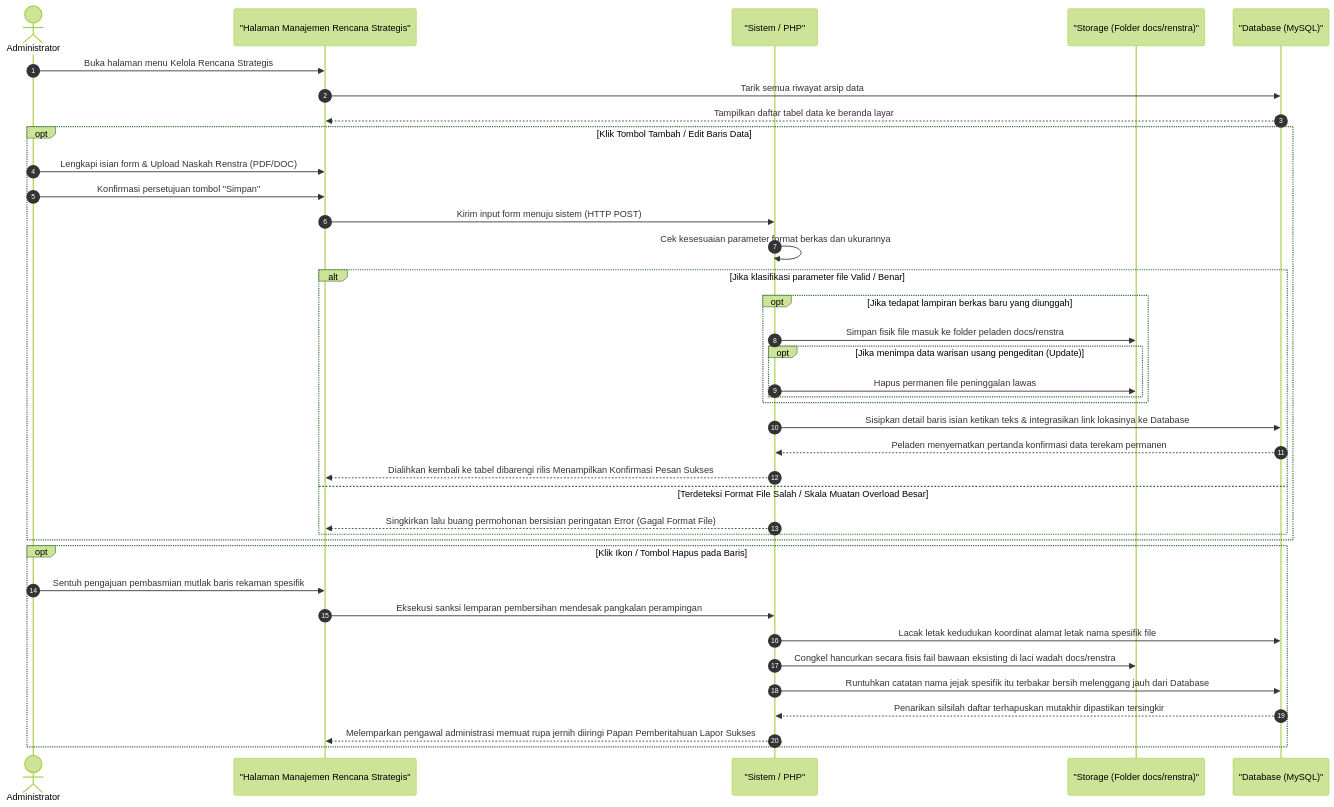
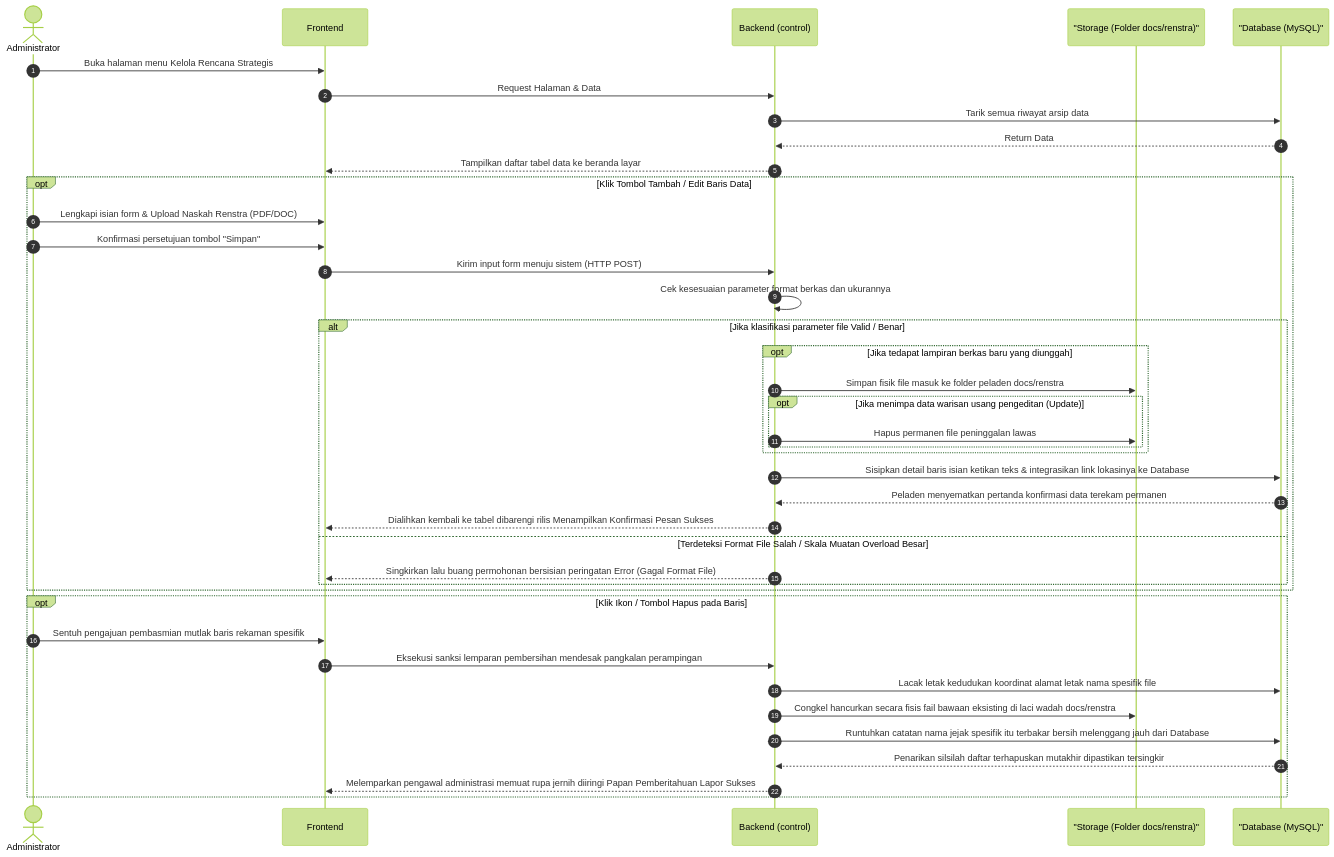
Before and after one commit to arbain-dev/Web_fikom: diagram 13 of 17 in docs/kumpulan_sequence_backend.md, drawn with Mermaid (forest theme). The commit also changed other lines of this file and 1 other file, not shown here.

Commit message:
docs: standardisasi arsitektur 3 tier (Frontend, Backend, DB) pada seluruh sequence diagram backend

````diff
--- a/docs/kumpulan_sequence_backend.md
+++ b/docs/kumpulan_sequence_backend.md
@@ -580,48 +602,50 @@
 ```mermaid
 sequenceDiagram
     autonumber
     actor Admin as Administrator
-    participant View as "Halaman Manajemen Rencana Strategis"
-    participant System as "Sistem / PHP"
+    participant Frontend
+    participant Backend as Backend (control)
     participant Server as "Storage (Folder docs/renstra)"
     participant DB as "Database (MySQL)"
 
-    Admin->>View: Buka halaman menu Kelola Rencana Strategis
-    View->>DB: Tarik semua riwayat arsip data
-    DB-->>View: Tampilkan daftar tabel data ke beranda layar
+    Admin->>Frontend: Buka halaman menu Kelola Rencana Strategis
+    Frontend->>Backend: Request Halaman & Data
+    Backend->>DB: Tarik semua riwayat arsip data
+    DB-->>Backend: Return Data
+    Backend-->>Frontend: Tampilkan daftar tabel data ke beranda layar
 
     %% Proses Tambah / Edit
     opt Klik Tombol Tambah / Edit Baris Data
-        Admin->>View: Lengkapi isian form & Upload Naskah Renstra (PDF/DOC)
-        Admin->>View: Konfirmasi persetujuan tombol "Simpan"
-        View->>System: Kirim input form menuju sistem (HTTP POST)
+        Admin->>Frontend: Lengkapi isian form & Upload Naskah Renstra (PDF/DOC)
+        Admin->>Frontend: Konfirmasi persetujuan tombol "Simpan"
+        Frontend->>Backend: Kirim input form menuju sistem (HTTP POST)
 
-        System->>System: Cek kesesuaian parameter format berkas dan ukurannya
+        Backend->>Backend: Cek kesesuaian parameter format berkas dan ukurannya
         
         alt Jika klasifikasi parameter file Valid / Benar
             opt Jika tedapat lampiran berkas baru yang diunggah
-                System->>Server: Simpan fisik file masuk ke folder peladen docs/renstra
+                Backend->>Server: Simpan fisik file masuk ke folder peladen docs/renstra
                 opt Jika menimpa data warisan usang pengeditan (Update)
-                    System->>Server: Hapus permanen file peninggalan lawas
+                    Backend->>Server: Hapus permanen file peninggalan lawas
                 end
             end
             
-            System->>DB: Sisipkan detail baris isian ketikan teks & integrasikan link lokasinya ke Database
-            DB-->>System: Peladen menyematkan pertanda konfirmasi data terekam permanen
-            System-->>View: Dialihkan kembali ke tabel dibarengi rilis Menampilkan Konfirmasi Pesan Sukses
+            Backend->>DB: Sisipkan detail baris isian ketikan teks & integrasikan link lokasinya ke Database
+            DB-->>Backend: Peladen menyematkan pertanda konfirmasi data terekam permanen
+            Backend-->>Frontend: Dialihkan kembali ke tabel dibarengi rilis Menampilkan Konfirmasi Pesan Sukses
         else Terdeteksi Format File Salah / Skala Muatan Overload Besar
-            System-->>View: Singkirkan lalu buang permohonan bersisian peringatan Error (Gagal Format File)
+            Backend-->>Frontend: Singkirkan lalu buang permohonan bersisian peringatan Error (Gagal Format File)
         end
     end
 
     %% Proses Hapus
     opt Klik Ikon / Tombol Hapus pada Baris
-        Admin->>View: Sentuh pengajuan pembasmian mutlak baris rekaman spesifik
-        View->>System: Eksekusi sanksi lemparan pembersihan mendesak pangkalan perampingan
-        System->>DB: Lacak letak kedudukan koordinat alamat letak nama spesifik file 
-        System->>Server: Congkel hancurkan secara fisis fail bawaan eksisting di laci wadah docs/renstra
-        System->>DB: Runtuhkan catatan nama jejak spesifik itu terbakar bersih melenggang jauh dari Database
-        DB-->>System: Penarikan silsilah daftar terhapuskan mutakhir dipastikan tersingkir
-        System-->>View: Melemparkan pengawal administrasi memuat rupa jernih diiringi Papan Pemberitahuan Lapor Sukses 
+        Admin->>Frontend: Sentuh pengajuan pembasmian mutlak baris rekaman spesifik
+        Frontend->>Backend: Eksekusi sanksi lemparan pembersihan mendesak pangkalan perampingan
+        Backend->>DB: Lacak letak kedudukan koordinat alamat letak nama spesifik file 
+        Backend->>Server: Congkel hancurkan secara fisis fail bawaan eksisting di laci wadah docs/renstra
+        Backend->>DB: Runtuhkan catatan nama jejak spesifik itu terbakar bersih melenggang jauh dari Database
+        DB-->>Backend: Penarikan silsilah daftar terhapuskan mutakhir dipastikan tersingkir
+        Backend-->>Frontend: Melemparkan pengawal administrasi memuat rupa jernih diiringi Papan Pemberitahuan Lapor Sukses 
     end
 ```
````
